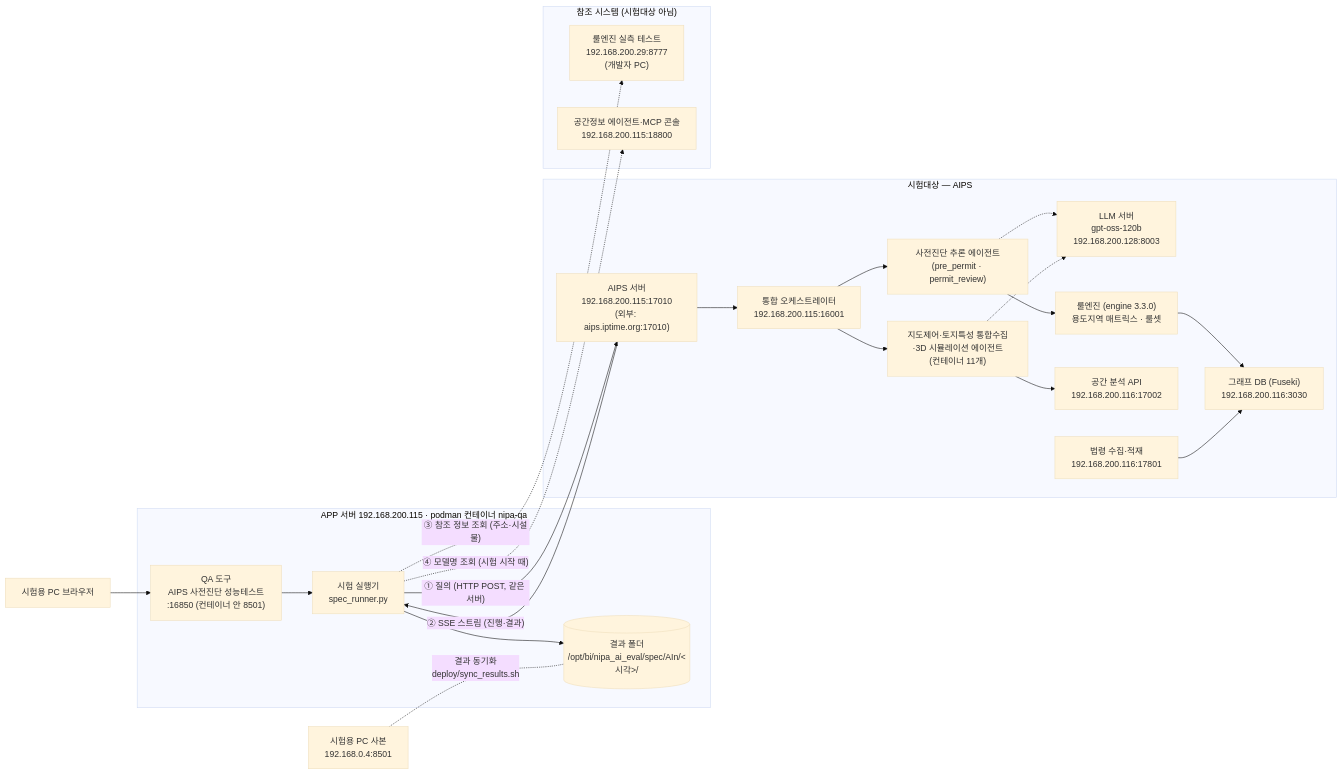
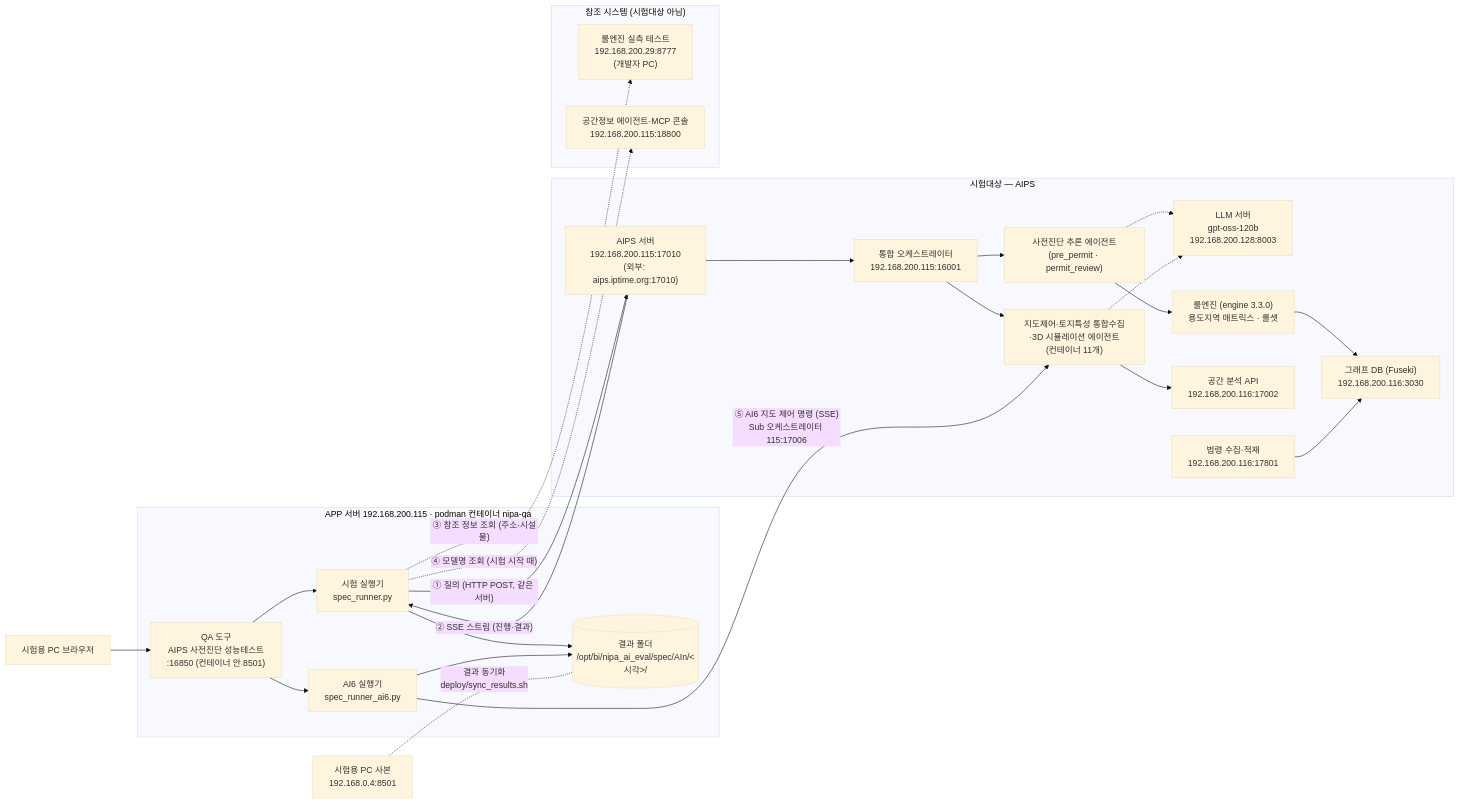
Before and after one commit to eunkyeoung/nipa_ai_eval: the first of 2 diagrams in 시스템_아키텍처.md, drawn with Mermaid (base theme). The commit also changed other lines of this file and 4 other files, not shown here.

````diff
--- a/시스템_아키텍처.md
+++ b/시스템_아키텍처.md
@@ -18,41 +18,44 @@
 ```mermaid
 flowchart LR
     BR["시험용 PC 브라우저"] --> APP
     subgraph QA["APP 서버 192.168.200.115 · podman 컨테이너 nipa-qa"]
         APP["QA 도구<br/>AIPS 사전진단 성능테스트<br/>:16850 (컨테이너 안 8501)"]
         APP --> RUN["시험 실행기<br/>spec_runner.py"]
+        APP --> RUN6["AI6 실행기<br/>spec_runner_ai6.py"]
         RUN --> FS[("결과 폴더<br/>/opt/bi/nipa_ai_eval/spec/AIn/&lt;시각&gt;/")]
+        RUN6 --> FS
     end
     PCQA["시험용 PC 사본<br/>192.168.0.4:8501"] -. "결과 동기화<br/>deploy/sync_results.sh" .- FS
 
     subgraph SUT["시험대상 — AIPS"]
         WEB["AIPS 서버<br/>192.168.200.115:17010<br/>(외부: aips.iptime.org:17010)"]
         ORC["통합 오케스트레이터<br/>192.168.200.115:16001"]
         PP["사전진단 추론 에이전트<br/>(pre_permit · permit_review)"]
         SPA["지도제어·토지특성 통합수집·3D 시뮬레이션 에이전트<br/>(컨테이너 11개)"]
         LLM["LLM 서버<br/>gpt-oss-120b<br/>192.168.200.128:8003"]
         ENG["룰엔진 (engine 3.3.0)<br/>용도지역 매트릭스 · 룰셋"]
         GEO["공간 분석 API<br/>192.168.200.116:17002"]
         LAW["법령 수집·적재<br/>192.168.200.116:17801"]
         FUS["그래프 DB (Fuseki)<br/>192.168.200.116:3030"]
         WEB --> ORC
         ORC --> PP
         ORC --> SPA
         PP --> ENG
         SPA --> GEO
         PP -.-> LLM
         SPA -.-> LLM
         ENG --> FUS
         LAW --> FUS
     end
 
     subgraph REF["참조 시스템 (시험대상 아님)"]
         R8777["룰엔진 실측 테스트<br/>192.168.200.29:8777<br/>(개발자 PC)"]
         CON["공간정보 에이전트·MCP 콘솔<br/>192.168.200.115:18800"]
     end
 
     RUN -- "① 질의 (HTTP POST, 같은 서버)" --> WEB
     WEB -- "② SSE 스트림 (진행·결과)" --> RUN
     RUN -. "③ 참조 정보 조회 (주소·시설물)" .-> R8777
     RUN -. "④ 모델명 조회 (시험 시작 때)" .-> CON
+    RUN6 -- "⑤ AI6 지도 제어 명령 (SSE)<br/>Sub 오케스트레이터 115:17006" --> SPA
 ```
````
